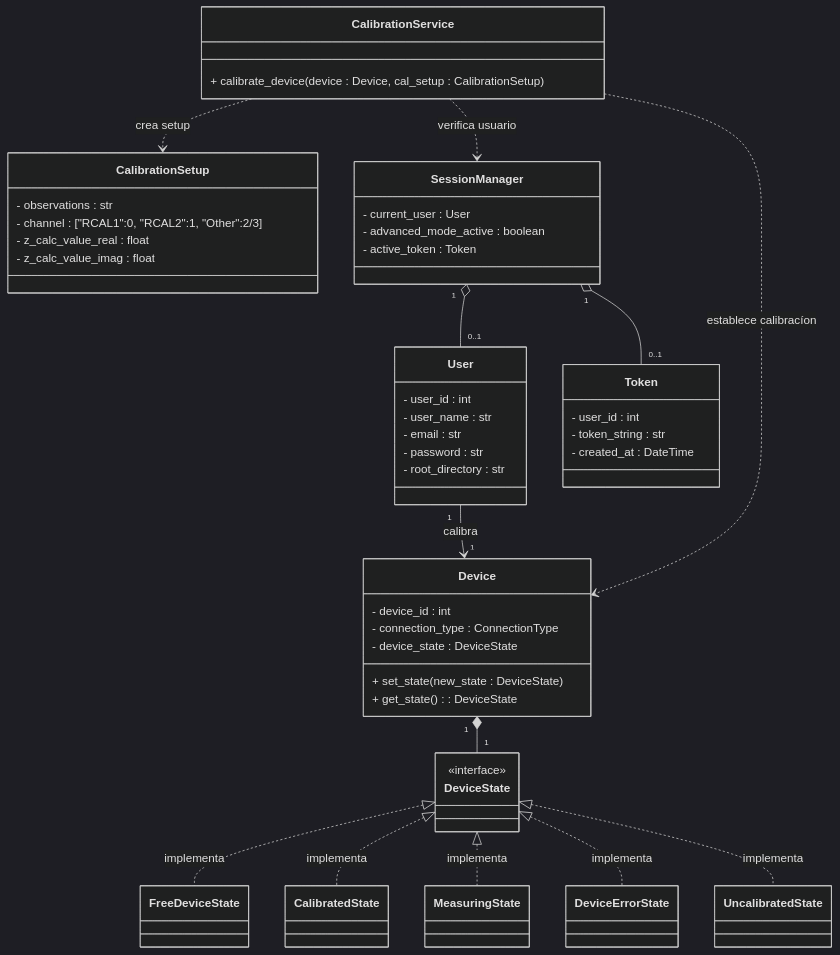
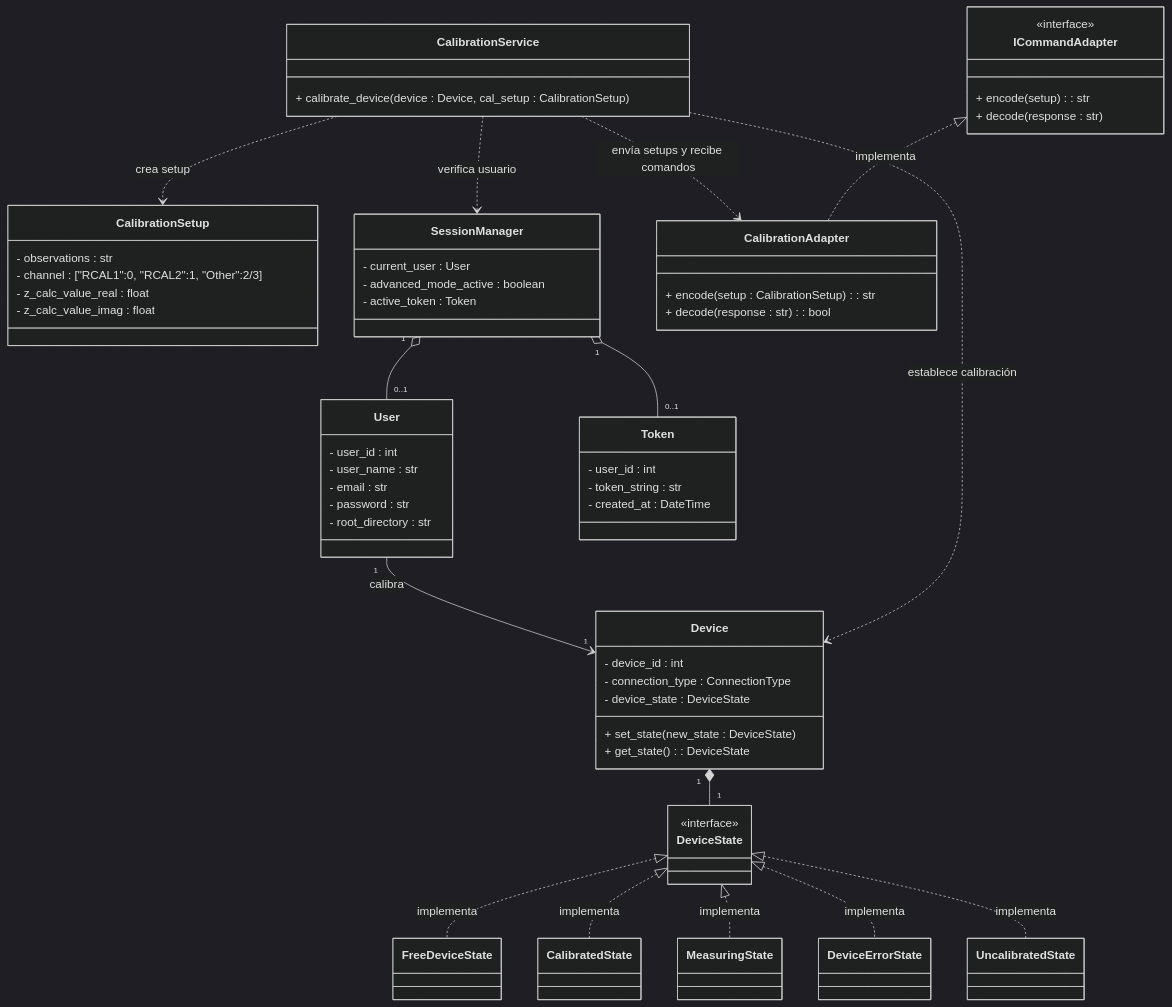
The third of 6 diagrams in Gmini-MarkDown/Diagramas/Clases Conceptuales.md (alegrelias/Repo-GMini), drawn with Mermaid (dark theme) before and after one commit. The commit also changed other lines of this file, not shown here.

Commit message:
Se modifica diagrama de clases

````diff
--- a/Gmini-MarkDown/Diagramas/Clases Conceptuales.md
+++ b/Gmini-MarkDown/Diagramas/Clases Conceptuales.md
@@ -458,69 +443,82 @@
 ```mermaid
 classDiagram
 DeviceState <|.. FreeDeviceState : implementa
 DeviceState <|.. CalibratedState : implementa
 DeviceState <|.. MeasuringState : implementa
 DeviceState <|.. DeviceErrorState : implementa
 DeviceState <|.. UncalibratedState : implementa
 
 %% clases
 class User {
 	- user_id : int
 	- user_name : str
 	- email : str
 	- password : str
 	- root_directory : str
 	
 }
 
 class CalibrationSetup{
 	- observations : str
 	- channel : ["RCAL1":0, "RCAL2":1, "Other":2/3]
 	- z_calc_value_real : float
 	- z_calc_value_imag : float
 }
 
 class Device{
 	- device_id : int
 	- connection_type : ConnectionType
 	- device_state : DeviceState
 	+ set_state(new_state : DeviceState)
 	+ get_state() : DeviceState
 }
 
 class DeviceState{
 		<<interface>>
 	}
 	class FreeDeviceState
 	class CalibratedState
 	class MeasuringState
 	class DeviceErrorState
 
 class CalibrationService{
 	+ calibrate_device(device : Device, cal_setup : CalibrationSetup)
 }
 
 class SessionManager{
 	- current_user : User
 	- advanced_mode_active : boolean
 	- active_token : Token
 }
 
 class Token {
 	- user_id : int
 	- token_string : str
 	- created_at : DateTime
 }
 
+class ICommandAdapter{
+    <<interface>>
+    + encode(setup) : str
+    + decode(response : str)
+}
+
+class CalibrationAdapter{
+    + encode(setup : CalibrationSetup) : str
+    + decode(response : str) : bool
+}
+
 %% relaciones
 User "1"-->"1" Device : calibra
 
 Device "1"*--"1" DeviceState
 
 SessionManager "1"o--"0..1" Token
 SessionManager "1"o--"0..1" User
 
-CalibrationService ..> Device : establece calibracíon
+CalibrationService ..> CalibrationAdapter : envía setups y recibe comandos
+CalibrationService ..> Device : establece calibración
 CalibrationService ..> CalibrationSetup : crea setup
 CalibrationService ..> SessionManager : verifica usuario
+ICommandAdapter <|.. CalibrationAdapter : implementa
 ```
````
